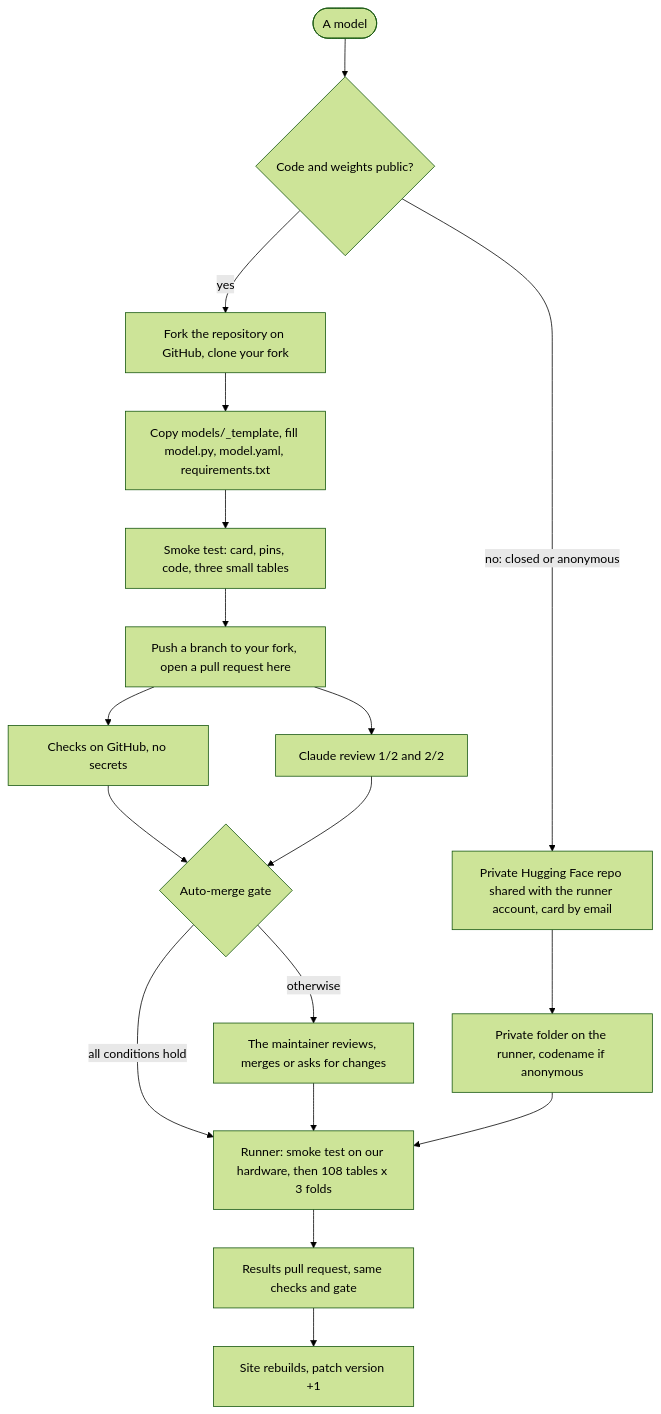
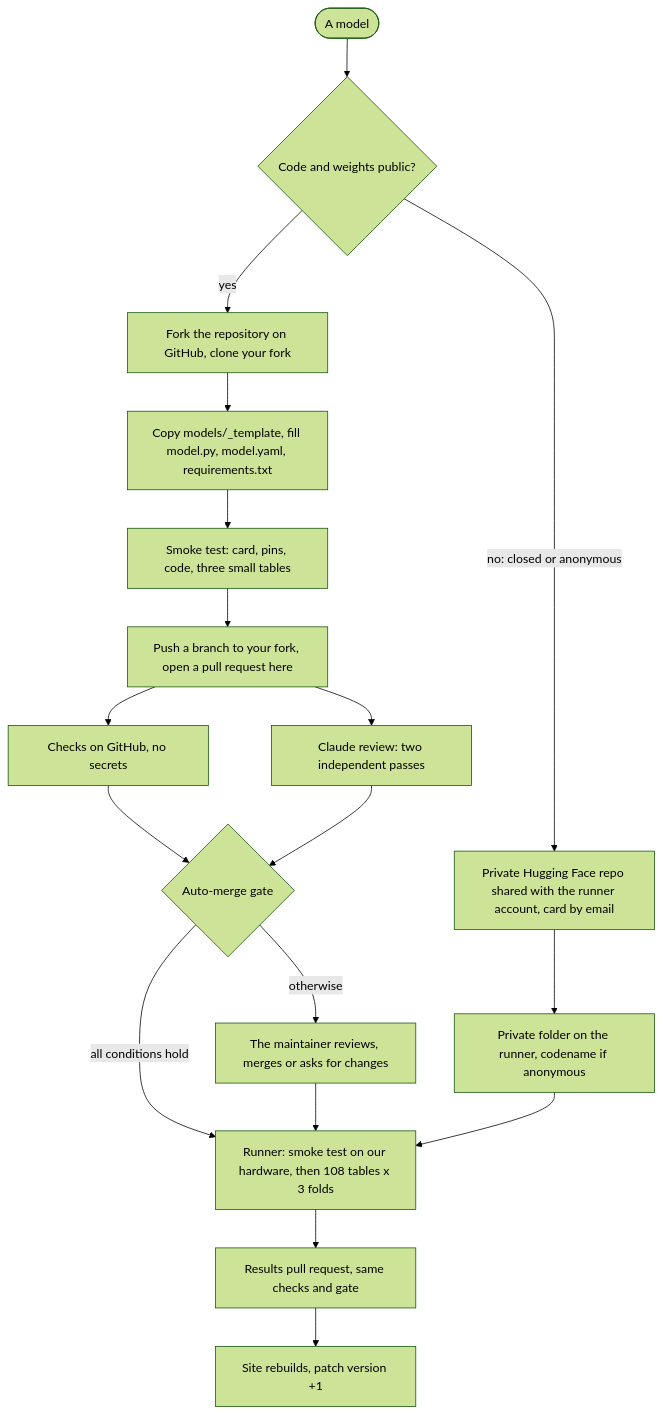
One commit to gblayer/strable-leaderboard changed the diagram in docs/submitting.md. Above: the diagram before and after it, drawn with Mermaid (forest theme). The commit also changed 7 other files, not shown here.

````diff
--- a/docs/submitting.md
+++ b/docs/submitting.md
@@ -17,20 +17,20 @@
 ```mermaid
 flowchart TD
   A([A model]) --> B{Code and weights public?}
   B -- yes --> K[Fork the repository on GitHub, clone your fork]
   K --> C[Copy models/_template, fill model.py, model.yaml, requirements.txt]
   C --> D[Smoke test: card, pins, code, three small tables]
   D --> E[Push a branch to your fork, open a pull request here]
   E --> F[Checks on GitHub, no secrets]
-  E --> G[Claude review 1/2 and 2/2]
+  E --> G[Claude review: two independent passes]
   F --> I{Auto-merge gate}
   G --> I
   I -- all conditions hold --> R
   I -- otherwise --> J[The maintainer reviews, merges or asks for changes]
   J --> R
   B -- "no: closed or anonymous" --> P[Private Hugging Face repo shared with the runner account, card by email]
   P --> Q[Private folder on the runner, codename if anonymous]
   Q --> R
   R[Runner: smoke test on our hardware, then 108 tables x 3 folds] --> S[Results pull request, same checks and gate]
   S --> T[Site rebuilds, patch version +1]
 ```
````
